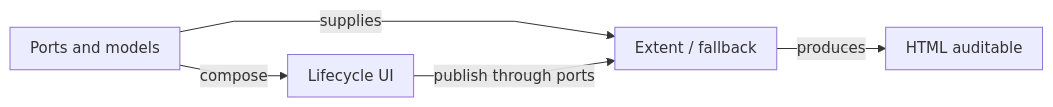
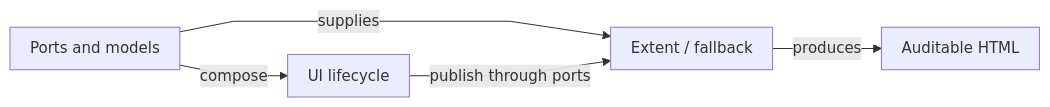
The diagram in atf-reporting/src/main/java/atf/reporting/README.md (crististefanita/atf_j0), drawn with Mermaid before and after one commit. The commit also changed other lines of this file and 10 other files, not shown here.

````diff
--- a/atf-reporting/src/main/java/atf/reporting/README.md
+++ b/atf-reporting/src/main/java/atf/reporting/README.md
@@ -28,8 +28,8 @@
 ```mermaid
 %%{init: {"themeVariables":{"fontSize":"15px"},"themeCSS":".nodeLabel, .nodeLabel p { font-size: 15px !important; line-height: 1.35 !important; } .edgeLabel, .edgeLabel p { font-size: 12px !important; font-weight: 400 !important; line-height: 1.2 !important; } .edgeLabel .labelBkg, .edgeLabel p { background: transparent !important; } .edgeLabel foreignObject { transform: translateY(-18px); overflow: visible; } .node rect { rx: 6px; ry: 6px; }","flowchart":{"curve":"linear","nodeSpacing":24,"rankSpacing":40,"padding":10,"diagramPadding":16}}}%%
 flowchart LR
-    Input["Ports and models"] -->|compose| UI["Lifecycle UI"]
+    Input["Ports and models"] -->|compose| UI["UI lifecycle"]
     Input -->|supplies| Renderer["Extent / fallback"]
     UI -->|publish through ports| Renderer
-    Renderer -->|produces| Artifact["HTML auditable"]
+    Renderer -->|produces| Artifact["Auditable HTML"]
 ```
````
